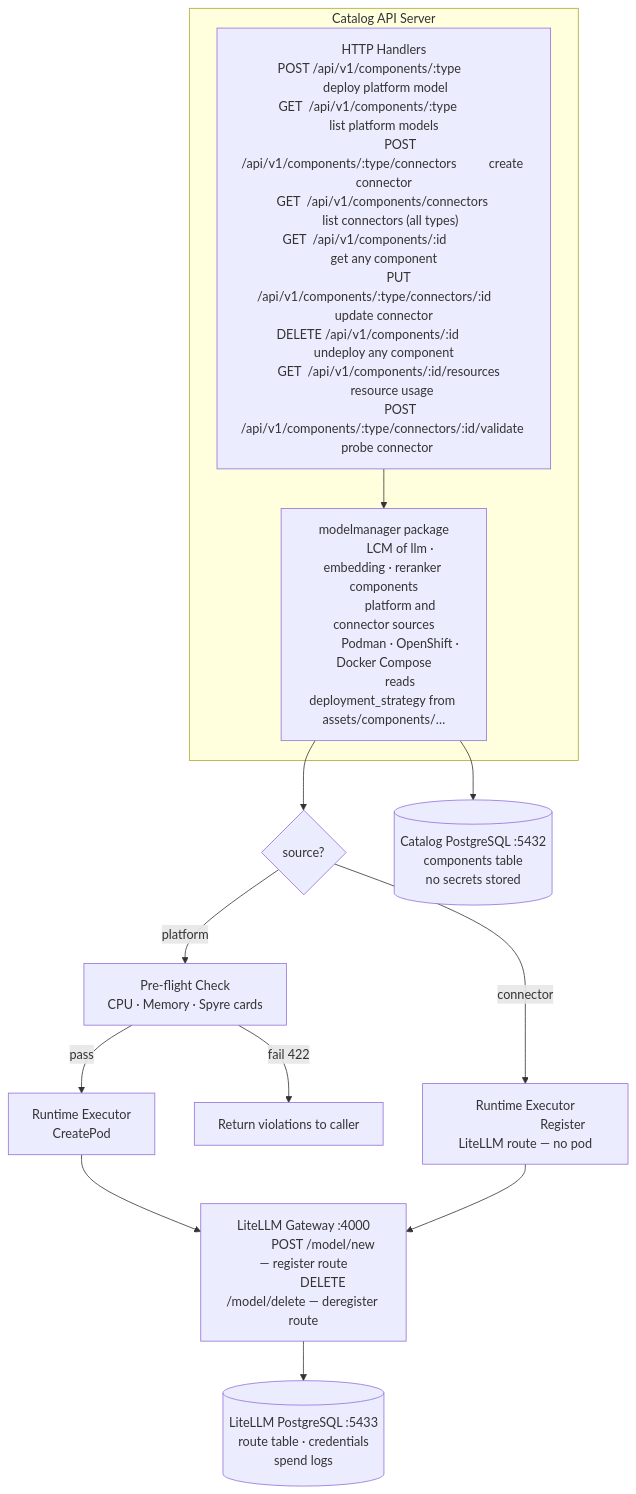
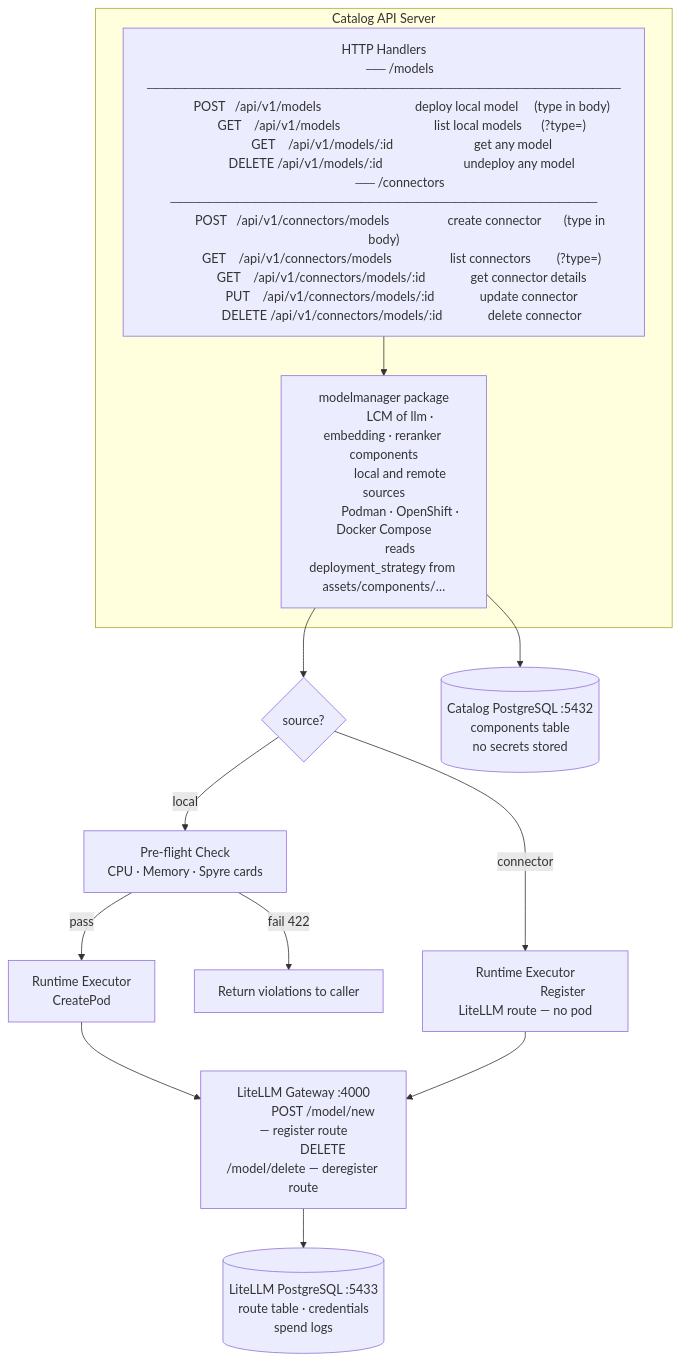
One commit to IBM/project-ai-services changed the first of 3 diagrams in docs/proposals/catalog/model-management-proposal.md. Above: the diagram before and after it, drawn with Mermaid. The commit also changed other lines of this file, not shown here.

Commit message:
API Def + CLI command update

````diff
--- a/docs/proposals/catalog/model-management-proposal.md
+++ b/docs/proposals/catalog/model-management-proposal.md
@@ -106,47 +104,49 @@
 ```mermaid
 flowchart TD
     subgraph CatalogAPI["Catalog API Server"]
         A["HTTP Handlers
-           POST /api/v1/components/:type                     deploy platform model
-           GET  /api/v1/components/:type                     list platform models
-           POST /api/v1/components/:type/connectors          create connector
-           GET  /api/v1/components/connectors                list connectors (all types)
-           GET  /api/v1/components/:id                       get any component
-           PUT  /api/v1/components/:type/connectors/:id      update connector
-           DELETE /api/v1/components/:id                     undeploy any component
-           GET  /api/v1/components/:id/resources             resource usage
-           POST /api/v1/components/:type/connectors/:id/validate   probe connector"]
+           ── /models ──────────────────────────────────────────────────
+           POST   /api/v1/models                             deploy local model     (type in body)
+           GET    /api/v1/models                             list local models      (?type=)
+           GET    /api/v1/models/:id                         get any model
+           DELETE /api/v1/models/:id                         undeploy any model
+           ── /connectors ─────────────────────────────────────────────
+           POST   /api/v1/connectors/models                  create connector       (type in body)
+           GET    /api/v1/connectors/models                  list connectors        (?type=)
+           GET    /api/v1/connectors/models/:id              get connector details
+           PUT    /api/v1/connectors/models/:id              update connector
+           DELETE /api/v1/connectors/models/:id              delete connector"]
 
         B["modelmanager package
            LCM of llm · embedding · reranker components
-           platform and connector sources
+           local and remote sources
            Podman · OpenShift · Docker Compose
            reads deployment_strategy from assets/components/…"]
 
         A --> B
     end
 
     B --> C{"source?"}
 
-    C -->|platform| D["Pre-flight Check
+    C -->|local| D["Pre-flight Check
                        CPU · Memory · Spyre cards"]
     D -->|pass| E["Runtime Executor
                    CreatePod"]
     D -->|fail 422| F["Return violations to caller"]
 
     C -->|connector| G["Runtime Executor
                         Register LiteLLM route — no pod"]
 
     E --> H["LiteLLM Gateway :4000
              POST /model/new — register route
              DELETE /model/delete — deregister route"]
     G --> H
 
     H --> I[("LiteLLM PostgreSQL :5433
               route table · credentials
               spend logs")]
 
     B --> J[("Catalog PostgreSQL :5432
               components table
               no secrets stored")]
 ```
````
